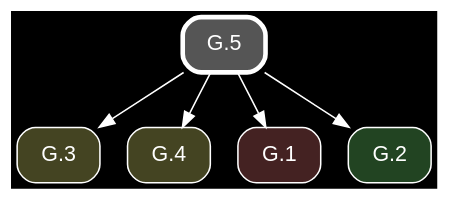
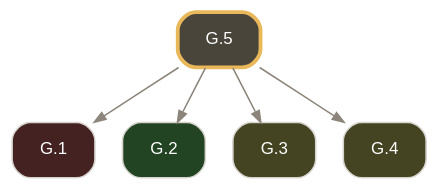
The diagram in docsrc/elements2/G.5/index.rst (geometor/elements), drawn with Graphviz before and after one commit. The commit also changed other lines of this file and 261 other files, not shown here.

Commit message:
feat: rebuild Elements 2.0 G-Index pipeline from composed Euclid Heath edition (v0.3.0)

```diff
--- a/docsrc/elements2/G.5/index.rst
+++ b/docsrc/elements2/G.5/index.rst
@@ -120,17 +81,17 @@
 .. graphviz::
 
    digraph {
-     bgcolor="black";
-     node [shape=box, style="rounded,filled", fontname="Helvetica", color="white", fontcolor="white"];
-     edge [color="white", fontcolor="white"];
+     bgcolor="transparent";
+     node [shape=box, style="rounded,filled", fontname="Helvetica", fontsize=11, color="#d6d3cd", fontcolor="#ffffff"];
+     edge [color="#8c857b", fontcolor="#8c857b", arrowsize=0.75];
      rankdir="TB";
-     "G.3" [label="G.3", fillcolor="#444422", URL="/elements2/G.3/", target="_top"];
-     "G.5" [label="G.5", penwidth=3, color="white", fillcolor="#555555", URL="/elements2/G.5/", target="_top"];
-     "G.4" [label="G.4", fillcolor="#444422", URL="/elements2/G.4/", target="_top"];
-     "G.1" [label="G.1", fillcolor="#442222", URL="/elements2/G.1/", target="_top"];
-     "G.2" [label="G.2", fillcolor="#224422", URL="/elements2/G.2/", target="_top"];
+     "G.1" [label="G.1", tooltip="G.1 (I.cn.1)", fillcolor="#442222", URL="../G.1/index.html", target="_top"];
+     "G.2" [label="G.2", tooltip="G.2 (I.def.15)", fillcolor="#224422", URL="../G.2/index.html", target="_top"];
+     "G.3" [label="G.3", tooltip="G.3 (I.post.1)", fillcolor="#444422", URL="../G.3/index.html", target="_top"];
+     "G.4" [label="G.4", tooltip="G.4 (I.post.3)", fillcolor="#444422", URL="../G.4/index.html", target="_top"];
+     "G.5" [label="G.5", tooltip="G.5 (I.1)", penwidth=2.5, color="#e8b85a", fillcolor="#4a453b", URL="index.html", target="_top"];
+     "G.5" -> "G.1";
+     "G.5" -> "G.2";
      "G.5" -> "G.3";
      "G.5" -> "G.4";
-     "G.5" -> "G.1";
-     "G.5" -> "G.2";
    }
```
